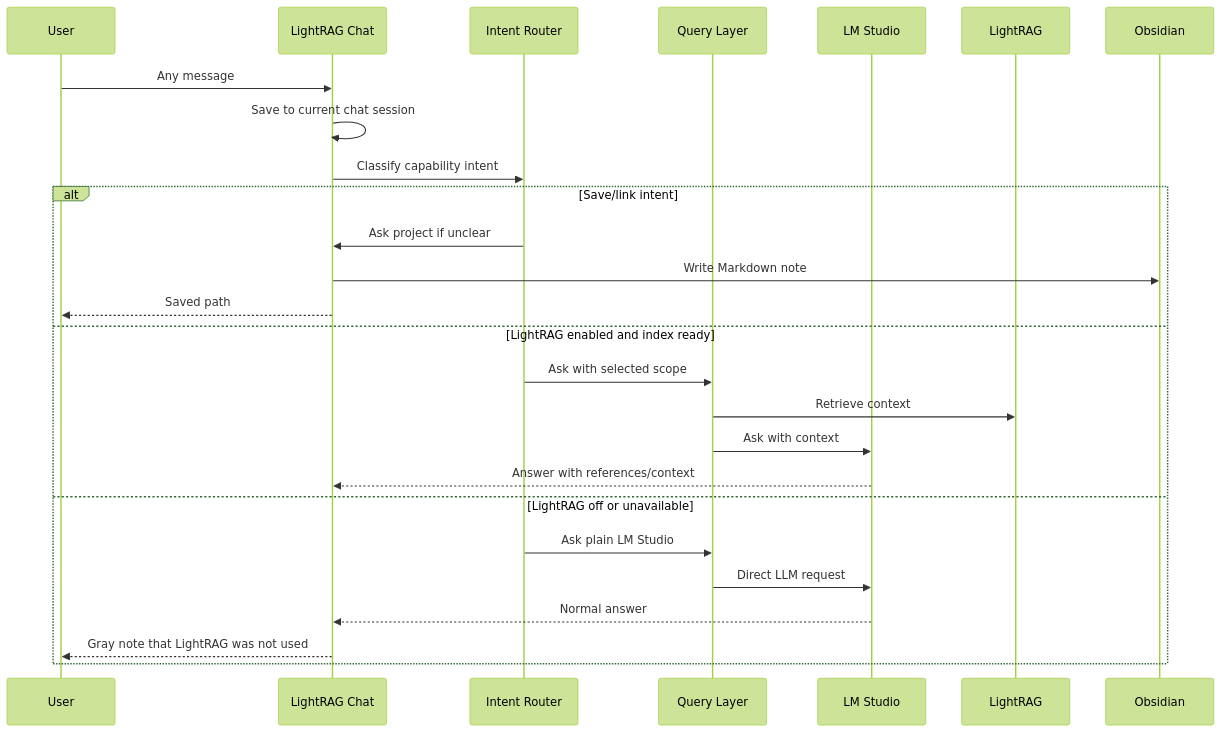
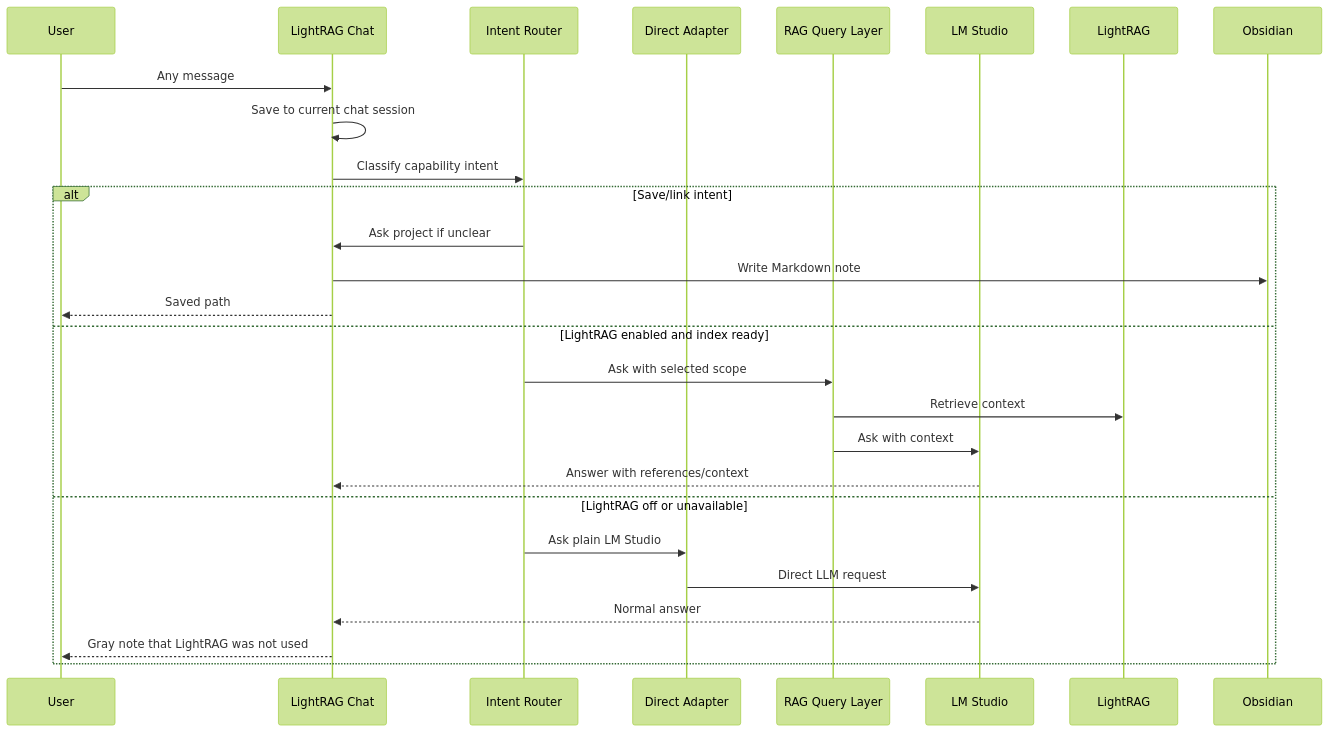
The second of 2 diagrams in ARCHITECTURE.md (VxHxS/KnowledgeLab), drawn with Mermaid (forest theme) before and after one commit. The commit also changed other lines of this file and 11 other files, not shown here.

Commit message:
007 stabilize chat architecture and diagnostics

````diff
--- a/ARCHITECTURE.md
+++ b/ARCHITECTURE.md
@@ -81,29 +85,30 @@
 ```mermaid
 sequenceDiagram
     participant U as User
     participant GUI as LightRAG Chat
     participant R as Intent Router
-    participant Q as Query Layer
+    participant A as Direct Adapter
+    participant Q as RAG Query Layer
     participant L as LM Studio
     participant G as LightRAG
     participant O as Obsidian
 
     U->>GUI: Any message
     GUI->>GUI: Save to current chat session
     GUI->>R: Classify capability intent
     alt Save/link intent
         R->>GUI: Ask project if unclear
         GUI->>O: Write Markdown note
         GUI-->>U: Saved path
     else LightRAG enabled and index ready
         R->>Q: Ask with selected scope
         Q->>G: Retrieve context
         Q->>L: Ask with context
         L-->>GUI: Answer with references/context
     else LightRAG off or unavailable
-        R->>Q: Ask plain LM Studio
-        Q->>L: Direct LLM request
+        R->>A: Ask plain LM Studio
+        A->>L: Direct LLM request
         L-->>GUI: Normal answer
         GUI-->>U: Gray note that LightRAG was not used
     end
 ```
````
